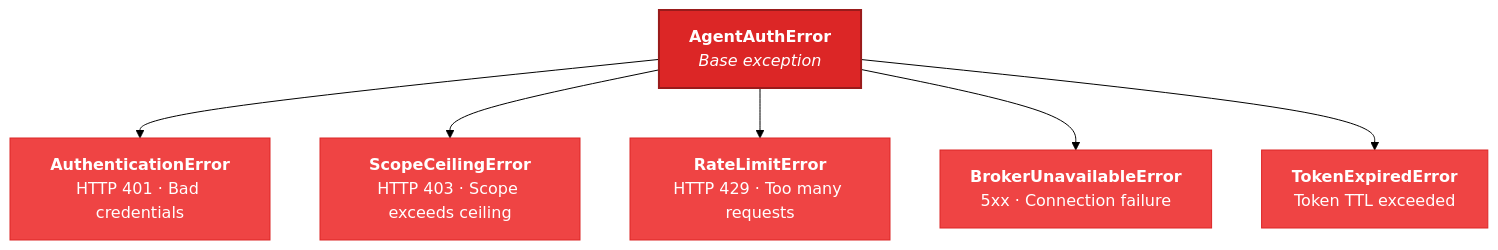
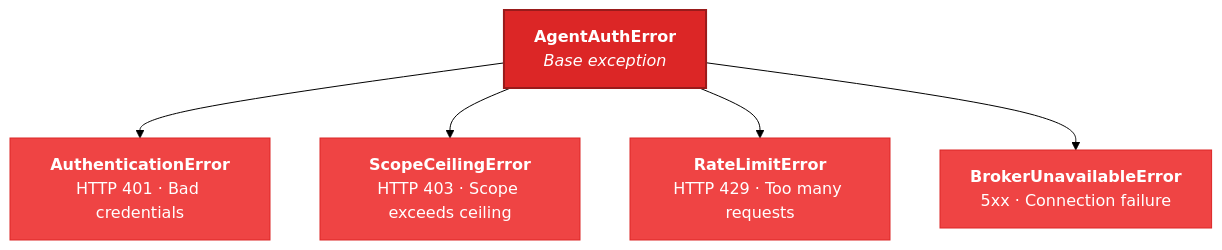
The fifth of 5 diagrams in README.md (devonartis/agentwrit-python), drawn with Mermaid (forest theme) before and after one commit. The commit also changed 6 other files, not shown here.

First line of the commit message:
refactor: remove TokenExpiredError from public API (Phase 2, G16)

````diff
--- a/README.md
+++ b/README.md
@@ -245,17 +245,15 @@
 ```mermaid
 graph TD
     Base["<b>AgentAuthError</b><br/><i>Base exception</i>"]
 
     Base --> Auth["<b>AuthenticationError</b><br/>HTTP 401 · Bad credentials"]
     Base --> Scope["<b>ScopeCeilingError</b><br/>HTTP 403 · Scope exceeds ceiling"]
     Base --> Rate["<b>RateLimitError</b><br/>HTTP 429 · Too many requests"]
     Base --> Unavail["<b>BrokerUnavailableError</b><br/>5xx · Connection failure"]
-    Base --> Expired["<b>TokenExpiredError</b><br/>Token TTL exceeded"]
 
     style Base fill:#dc2626,color:#fff,stroke:#991b1b,stroke-width:2px
     style Auth fill:#ef4444,color:#fff,stroke:#dc2626
     style Scope fill:#ef4444,color:#fff,stroke:#dc2626
     style Rate fill:#ef4444,color:#fff,stroke:#dc2626
     style Unavail fill:#ef4444,color:#fff,stroke:#dc2626
-    style Expired fill:#ef4444,color:#fff,stroke:#dc2626
 ```
````
